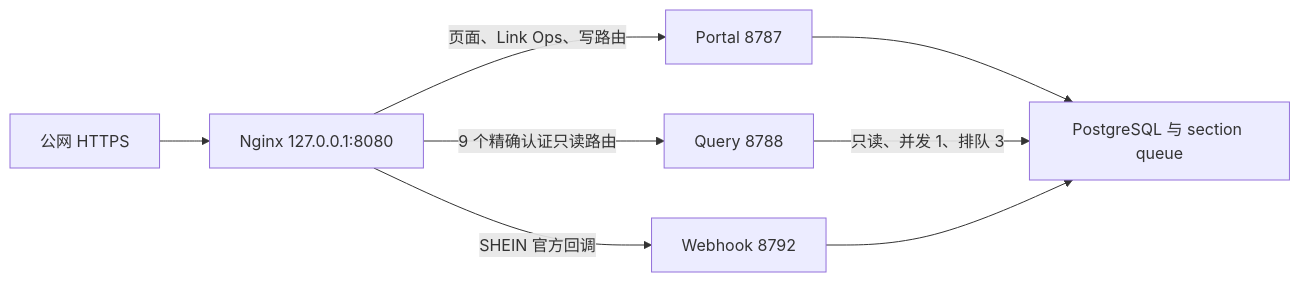
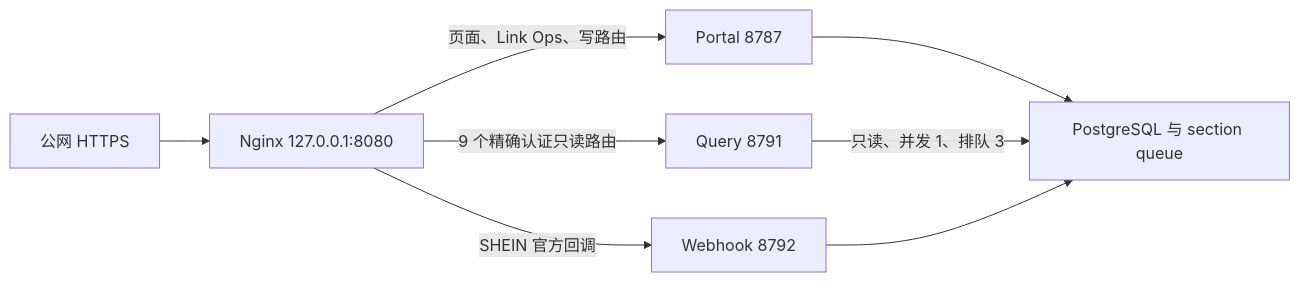
The second of 2 diagrams in docs/bi-system-architecture.md (dushengyi1993/shein-sales-bi), drawn with Mermaid before and after one commit. The commit also changed other lines of this file and 15 other files, not shown here.

````diff
--- a/docs/bi-system-architecture.md
+++ b/docs/bi-system-architecture.md
@@ -53,10 +53,10 @@
 ```mermaid
 flowchart LR
   A["公网 HTTPS"] --> B["Nginx 127.0.0.1:8080"]
   B -->|"页面、Link Ops、写路由"| C["Portal 8787"]
-  B -->|"9 个精确认证只读路由"| D["Query 8788"]
+  B -->|"9 个精确认证只读路由"| D["Query 8791"]
   B -->|"SHEIN 官方回调"| E["Webhook 8792"]
   C --> F["PostgreSQL 与 section queue"]
   D -->|"只读、并发 1、排队 3"| F
   E --> F
 ```
````
